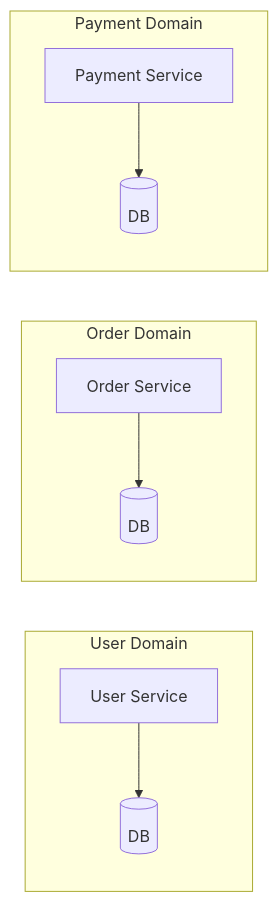
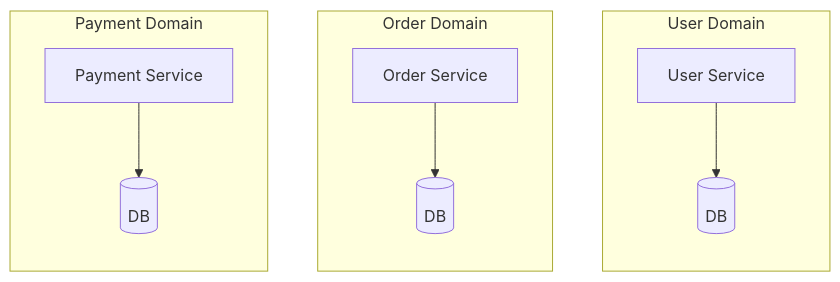
Before and after one commit to apirusov/OneYearChallenge_projects: the sixth of 7 diagrams in WIKI/Microservices/Basic_concepts.MD, drawn with Mermaid. The commit also changed other lines of this file, not shown here.

Commit message:
Wiki work

````diff
--- a/WIKI/Microservices/Basic_concepts.MD
+++ b/WIKI/Microservices/Basic_concepts.MD
@@ -112,17 +112,17 @@
 ```mermaid
-graph LR
+graph TD
     subgraph user[User Domain]
             direction TD
             userSvc[User Service] --> userDb[(DB)]
         end
 
         subgraph order[Order Domain]
             direction TD
             orderSvc[Order Service] --> orderDb[(DB)]
         end
 
         subgraph payment[Payment Domain]
             direction TD
             paymentSvc[Payment Service] --> paymentDb[(DB)]
         end
 ```
````
